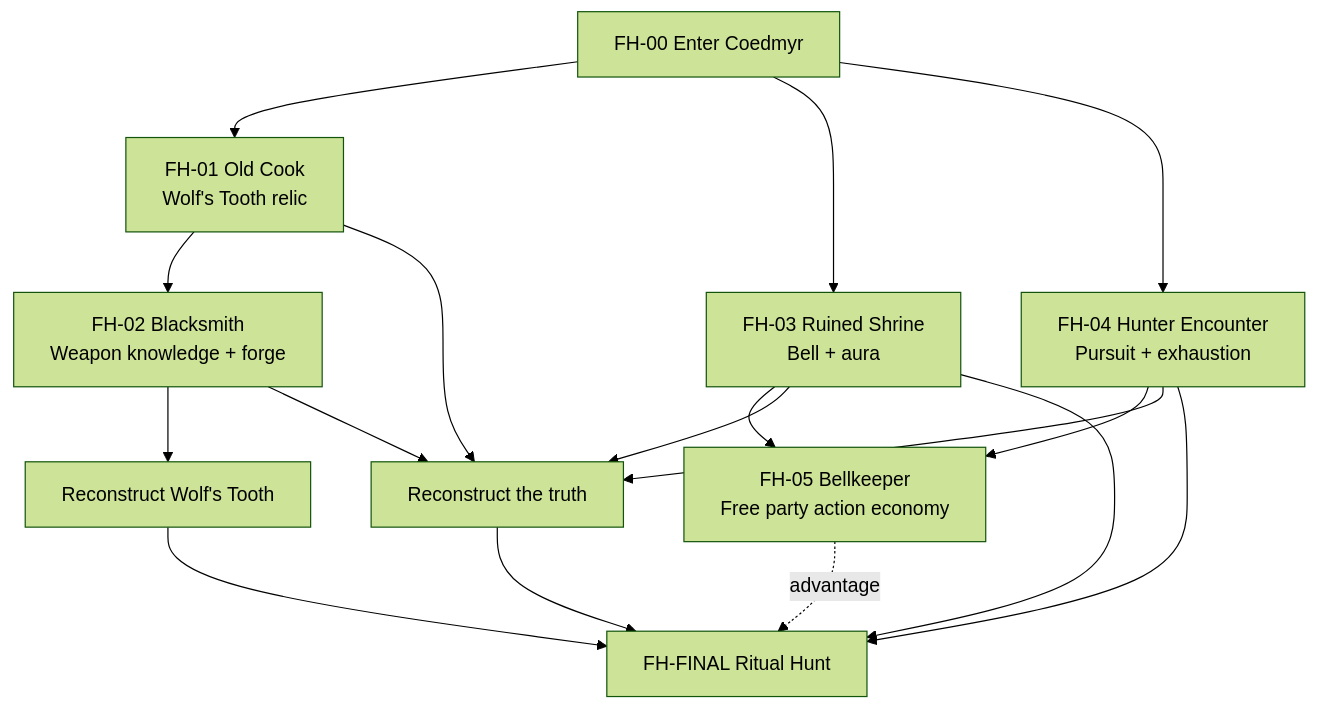
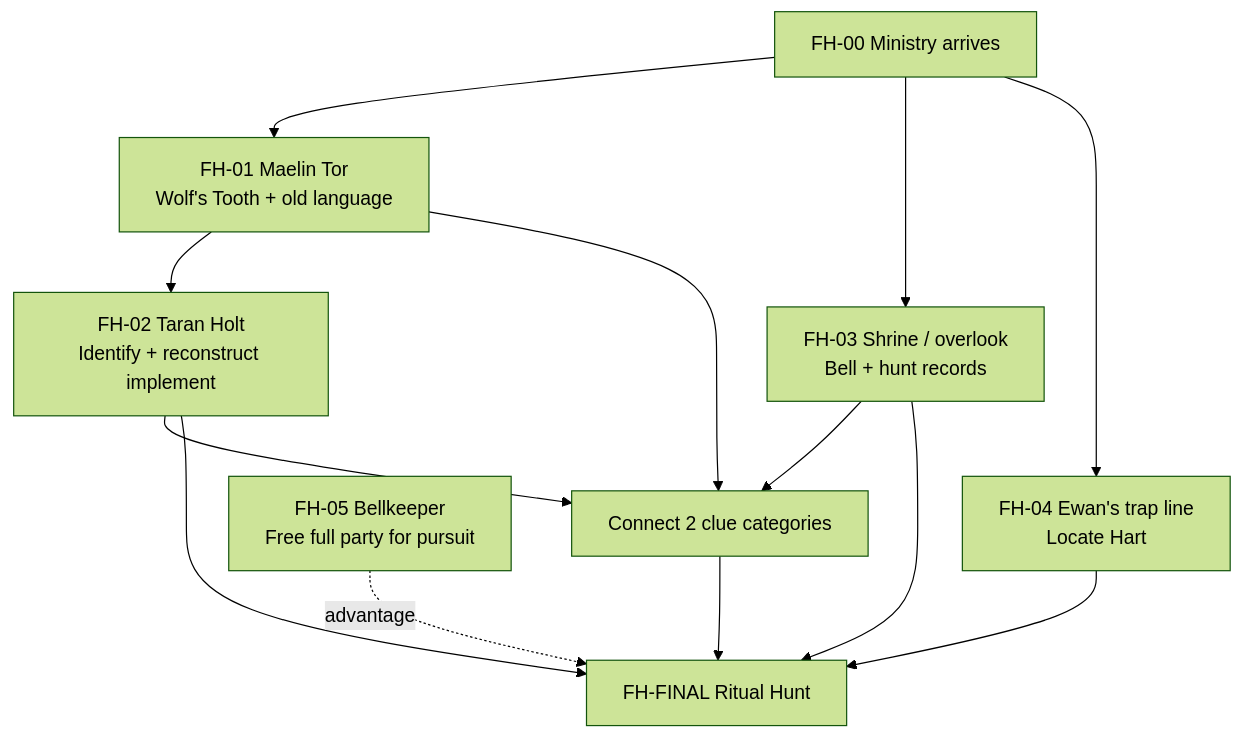
Before and after one commit to flip-z/flip-z.github.io: the diagram in adventures/forests-hart/gm/design/workflow.md, drawn with Mermaid (forest theme). The commit also changed other lines of this file, not shown here.

Commit message:
Sync Forest's Hart workflow prose

````diff
--- a/adventures/forests-hart/gm/design/workflow.md
+++ b/adventures/forests-hart/gm/design/workflow.md
@@ -45,29 +45,24 @@
 ```mermaid
 flowchart TD
-    ENTRY["FH-00 Enter Coedmyr"]
-    COOK["FH-01 Old Cook<br/>Wolf's Tooth relic"]
-    SMITH["FH-02 Blacksmith<br/>Weapon knowledge + forge"]
-    SHRINE["FH-03 Ruined Shrine<br/>Bell + aura"]
-    HUNTER["FH-04 Hunter Encounter<br/>Pursuit + exhaustion"]
-    KEEPER["FH-05 Bellkeeper<br/>Free party action economy"]
-    WEAPON["Reconstruct Wolf's Tooth"]
-    TRUTH["Reconstruct the truth"]
+    ENTRY["FH-00 Ministry arrives"]
+    SAGE["FH-01 Maelin Tor<br/>Wolf's Tooth + old language"]
+    SMITH["FH-02 Taran Holt<br/>Identify + reconstruct implement"]
+    SHRINE["FH-03 Shrine / overlook<br/>Bell + hunt records"]
+    HUNTER["FH-04 Ewan's trap line<br/>Locate Hart"]
+    KEEPER["FH-05 Bellkeeper<br/>Free full party for pursuit"]
+    TRUTH["Connect 2 clue categories"]
     FINAL["FH-FINAL Ritual Hunt"]
 
-    ENTRY --> COOK
+    ENTRY --> SAGE
     ENTRY --> SHRINE
     ENTRY --> HUNTER
-    COOK --> SMITH
-    SMITH --> WEAPON
-    SHRINE --> KEEPER
-    HUNTER --> KEEPER
-    COOK --> TRUTH
+    SAGE --> SMITH
+    SAGE --> TRUTH
     SMITH --> TRUTH
     SHRINE --> TRUTH
-    HUNTER --> TRUTH
-    WEAPON --> FINAL
+    SMITH --> FINAL
     SHRINE --> FINAL
+    TRUTH --> FINAL
     HUNTER --> FINAL
-    TRUTH --> FINAL
     KEEPER -. advantage .-> FINAL
 ```
````
